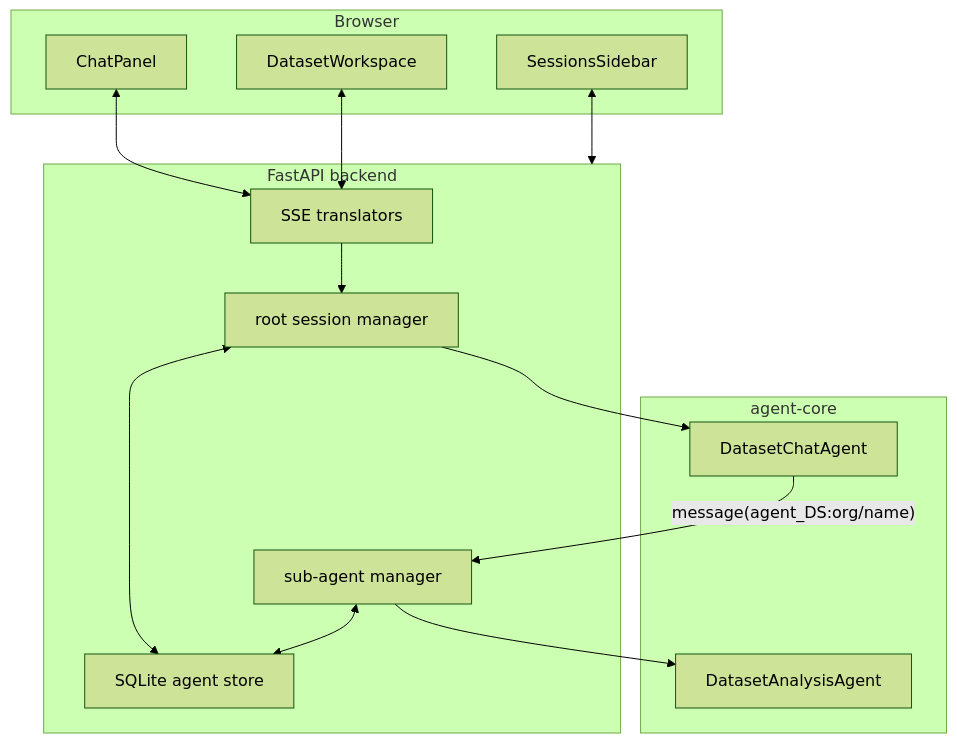
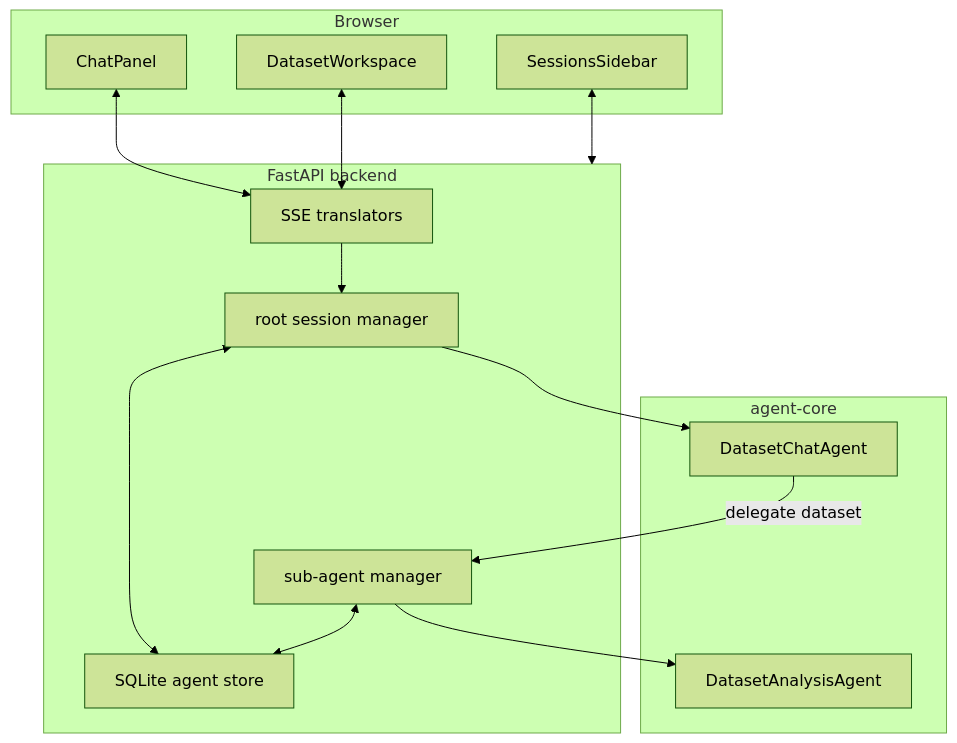
Before and after one commit to GuralTOO/ML-data-analyst: the first of 2 diagrams in docs/architecture.md, drawn with Mermaid (forest theme). The commit also changed other lines of this file and 2 other files, not shown here.

````diff
--- a/docs/architecture.md
+++ b/docs/architecture.md
@@ -5,28 +5,28 @@
 ```mermaid
 flowchart TB
   subgraph Browser["Browser"]
     Chat["ChatPanel"]
     Rail["DatasetWorkspace"]
     Sessions["SessionsSidebar"]
   end
 
   subgraph Backend["FastAPI backend"]
     SSE["SSE translators"]
     RootMgr["root session manager"]
     SubMgr["sub-agent manager"]
     Store["SQLite agent store"]
   end
 
   subgraph Agents["agent-core"]
     Root["DatasetChatAgent"]
     Specialist["DatasetAnalysisAgent"]
   end
 
   Chat <--> SSE
   Rail <--> SSE
   Sessions <--> Backend
   SSE --> RootMgr --> Root
-  Root -->|"message(agent_DS:org/name)"| SubMgr --> Specialist
+  Root -->|delegate dataset| SubMgr --> Specialist
   RootMgr <--> Store
   SubMgr <--> Store
 ```
````
